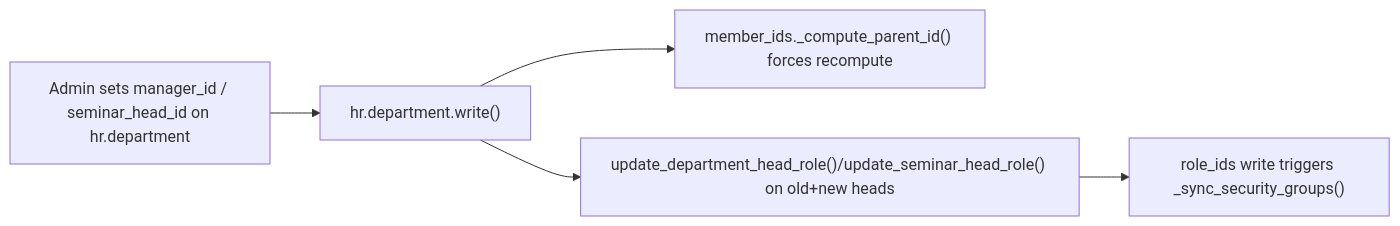
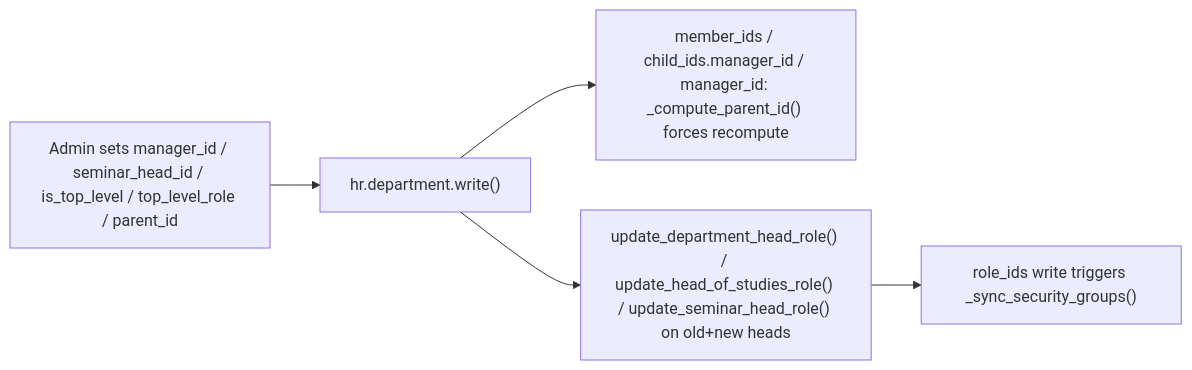
Before and after one commit to ElPuig/EMS: the second of 2 diagrams in docs/en/developers/employees/department.md, drawn with Mermaid. The commit also changed other lines of this file and 12 other files, not shown here.

Commit message:
head of studies

````diff
--- a/docs/en/developers/employees/department.md
+++ b/docs/en/developers/employees/department.md
@@ -39,7 +47,7 @@
 ```mermaid
 flowchart LR
-    A["Admin sets manager_id / seminar_head_id on hr.department"] --> B["hr.department.write()"]
-    B --> C["member_ids._compute_parent_id() forces recompute"]
-    B --> D["update_department_head_role()/update_seminar_head_role() on old+new heads"]
+    A["Admin sets manager_id / seminar_head_id / is_top_level / top_level_role / parent_id"] --> B["hr.department.write()"]
+    B --> C["member_ids / child_ids.manager_id / manager_id: _compute_parent_id() forces recompute"]
+    B --> D["update_department_head_role() / update_head_of_studies_role() / update_seminar_head_role() on old+new heads"]
     D --> E["role_ids write triggers _sync_security_groups()"]
 ```
````
